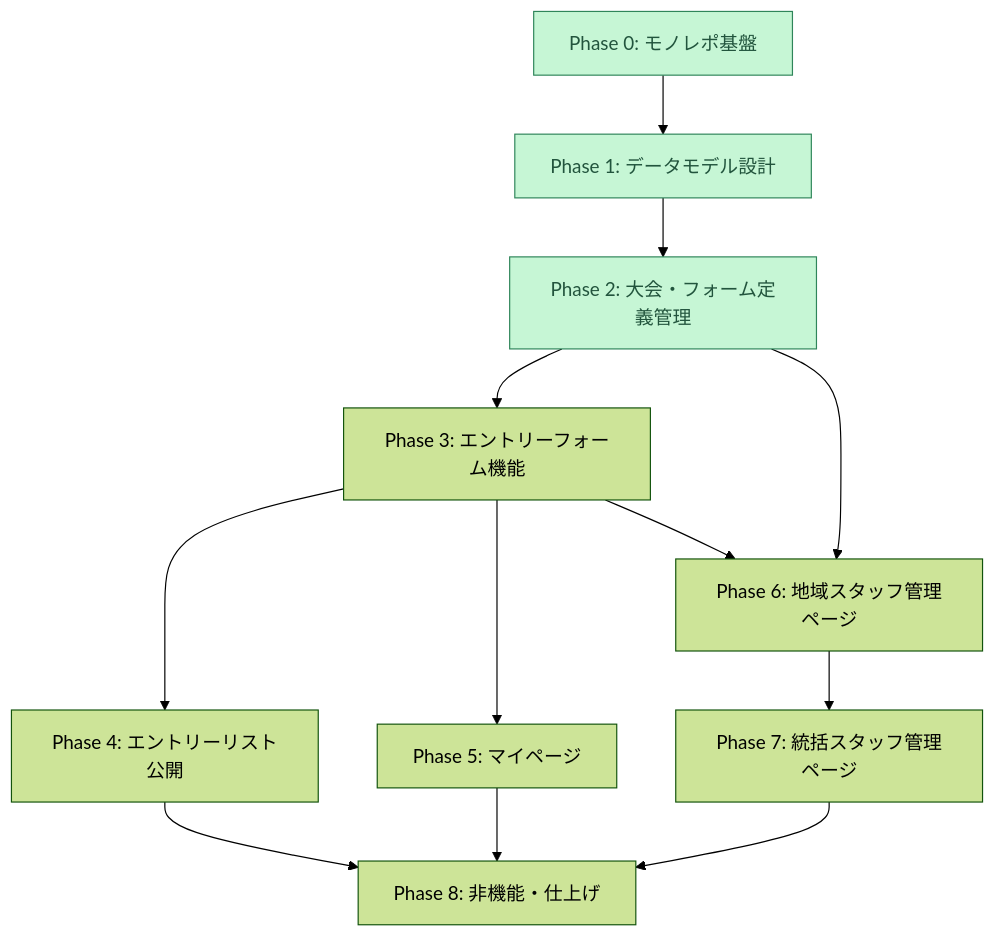
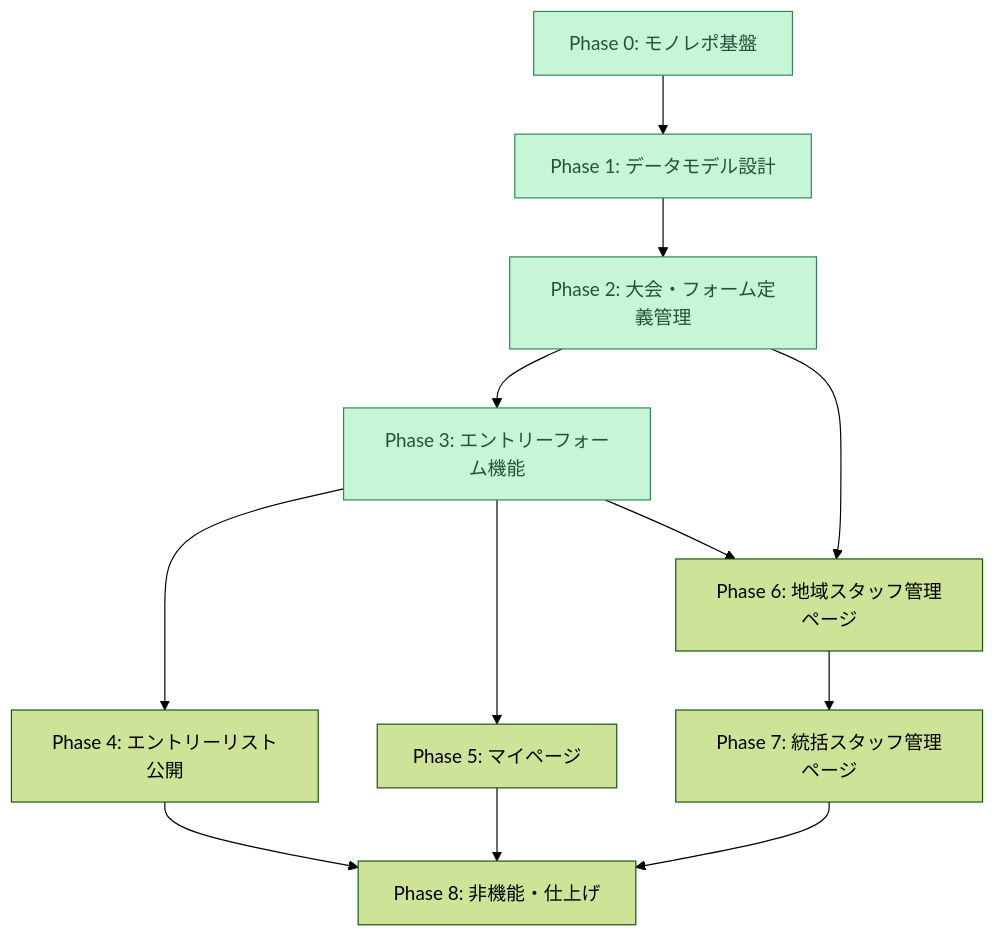
The first of 7 diagrams in tasks.md (m-uesaka/regional-quiz-entry-form), drawn with Mermaid (forest theme) before and after one commit. The commit also changed other lines of this file and 9 other files, not shown here.

````diff
--- a/tasks.md
+++ b/tasks.md
@@ -68,17 +68,17 @@
 ```mermaid
 graph TD
   P0["Phase 0: モノレポ基盤"]:::done --> P1["Phase 1: データモデル設計"]:::done
   P1 --> P2["Phase 2: 大会・フォーム定義管理"]:::done
-  P2 --> P3["Phase 3: エントリーフォーム機能"]
+  P2 --> P3["Phase 3: エントリーフォーム機能"]:::done
   P3 --> P4["Phase 4: エントリーリスト公開"]
   P3 --> P5["Phase 5: マイページ"]
   P2 --> P6["Phase 6: 地域スタッフ管理ページ"]
   P3 --> P6
   P6 --> P7["Phase 7: 統括スタッフ管理ページ"]
   P4 --> P8["Phase 8: 非機能・仕上げ"]
   P5 --> P8
   P7 --> P8
 
   classDef done fill:#c6f6d5,stroke:#2f855a,color:#22543d;
   classDef next fill:#fef3c7,stroke:#d97706,color:#78350f;
 ```
````
